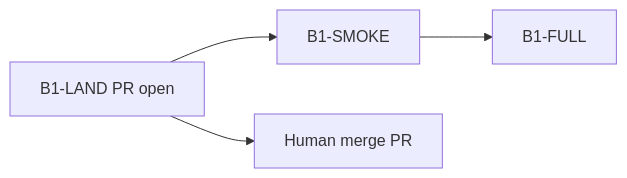
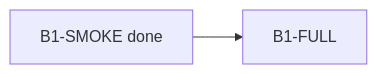
One commit to maraxen/prolix changed the diagram in .praxia/docs/audits/260710_xtrax-rewire_next_steps.md. Above: the diagram before and after it, drawn with Mermaid. The commit also changed other lines of this file and 3 other files, not shown here.

````diff
--- a/.praxia/docs/audits/260710_xtrax-rewire_next_steps.md
+++ b/.praxia/docs/audits/260710_xtrax-rewire_next_steps.md
@@ -20,10 +20,6 @@
 ```mermaid
 flowchart LR
-  landDone[B1-LAND PR open]
-  smoke[B1-SMOKE]
+  smokeDone[B1-SMOKE done]
   full[B1-FULL]
-  merge[Human merge PR]
-  landDone --> smoke
-  landDone --> merge
-  smoke --> full
+  smokeDone --> full
 ```
````
